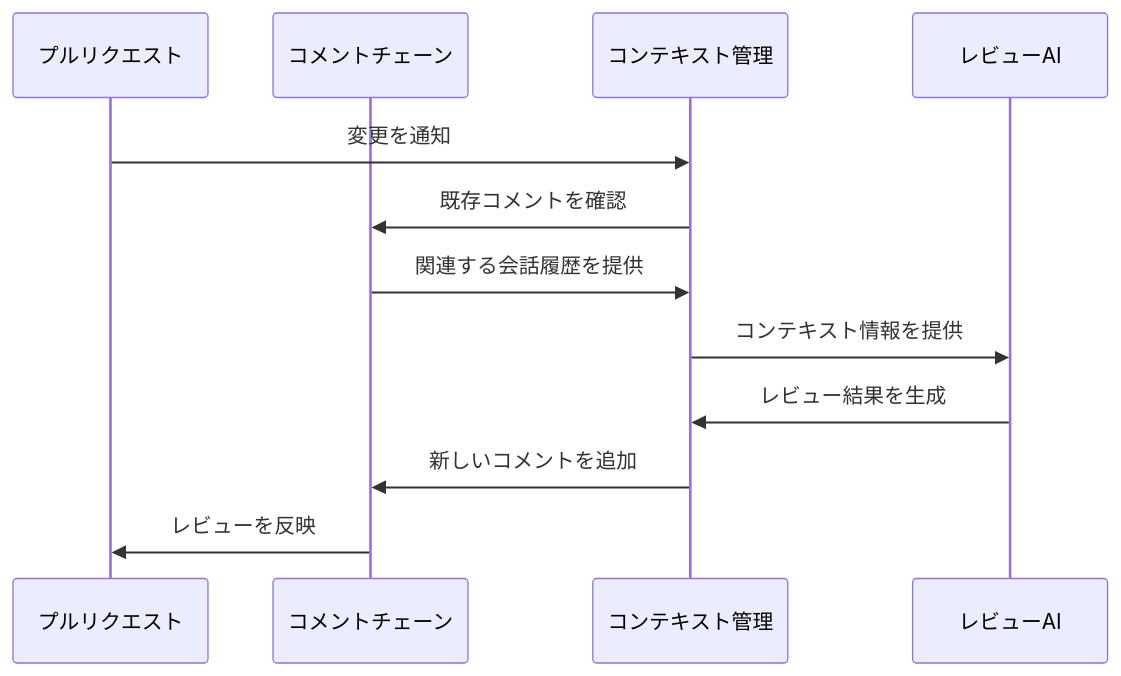
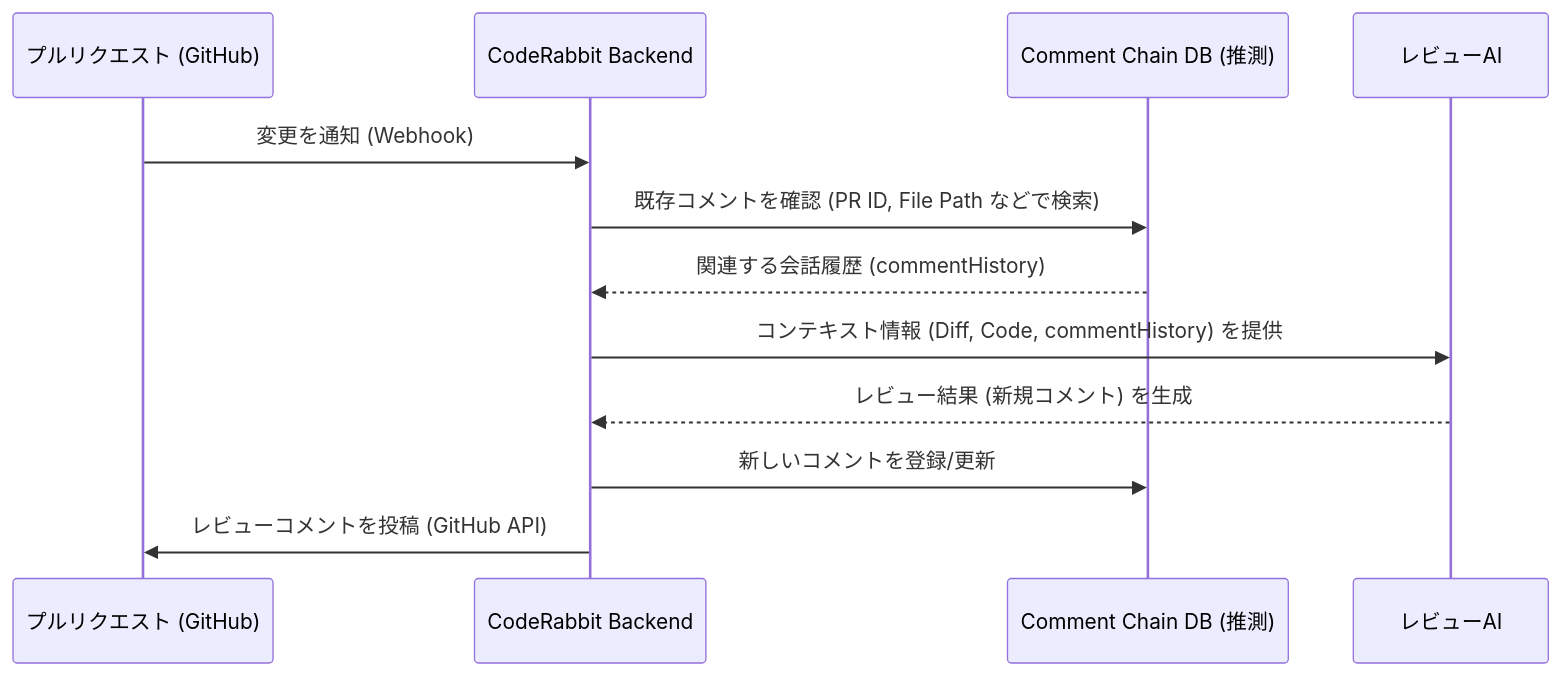
The second of 2 diagrams in docs/research/coderabbit-ai-pr-reviewer/03.process/02.context.md (growilabs/code-hedgehog), drawn with Mermaid before and after one commit. The commit also changed other lines of this file and 6 other files, not shown here.

First line of the commit message:
Enhance documentation for CodeRabbit's context management and comment chain analysis

````diff
--- a/docs/research/coderabbit-ai-pr-reviewer/03.process/02.context.md
+++ b/docs/research/coderabbit-ai-pr-reviewer/03.process/02.context.md
@@ -162,15 +170,15 @@
 ```mermaid
 sequenceDiagram
-    participant PR as プルリクエスト
-    participant Chain as コメントチェーン
-    participant Context as コンテキスト管理
+    participant PR as プルリクエスト (GitHub)
+    participant CR_Backend as CodeRabbit Backend
+    participant CR_ChainDB as Comment Chain DB (推測)
     participant AI as レビューAI
 
-    PR->>Context: 変更を通知
-    Context->>Chain: 既存コメントを確認
-    Chain->>Context: 関連する会話履歴を提供
-    Context->>AI: コンテキスト情報を提供
-    AI->>Context: レビュー結果を生成
-    Context->>Chain: 新しいコメントを追加
-    Chain->>PR: レビューを反映
+    PR->>CR_Backend: 変更を通知 (Webhook)
+    CR_Backend->>CR_ChainDB: 既存コメントを確認 (PR ID, File Path などで検索)
+    CR_ChainDB-->>CR_Backend: 関連する会話履歴 (commentHistory)
+    CR_Backend->>AI: コンテキスト情報 (Diff, Code, commentHistory) を提供
+    AI-->>CR_Backend: レビュー結果 (新規コメント) を生成
+    CR_Backend->>CR_ChainDB: 新しいコメントを登録/更新
+    CR_Backend->>PR: レビューコメントを投稿 (GitHub API)
 ```
````
